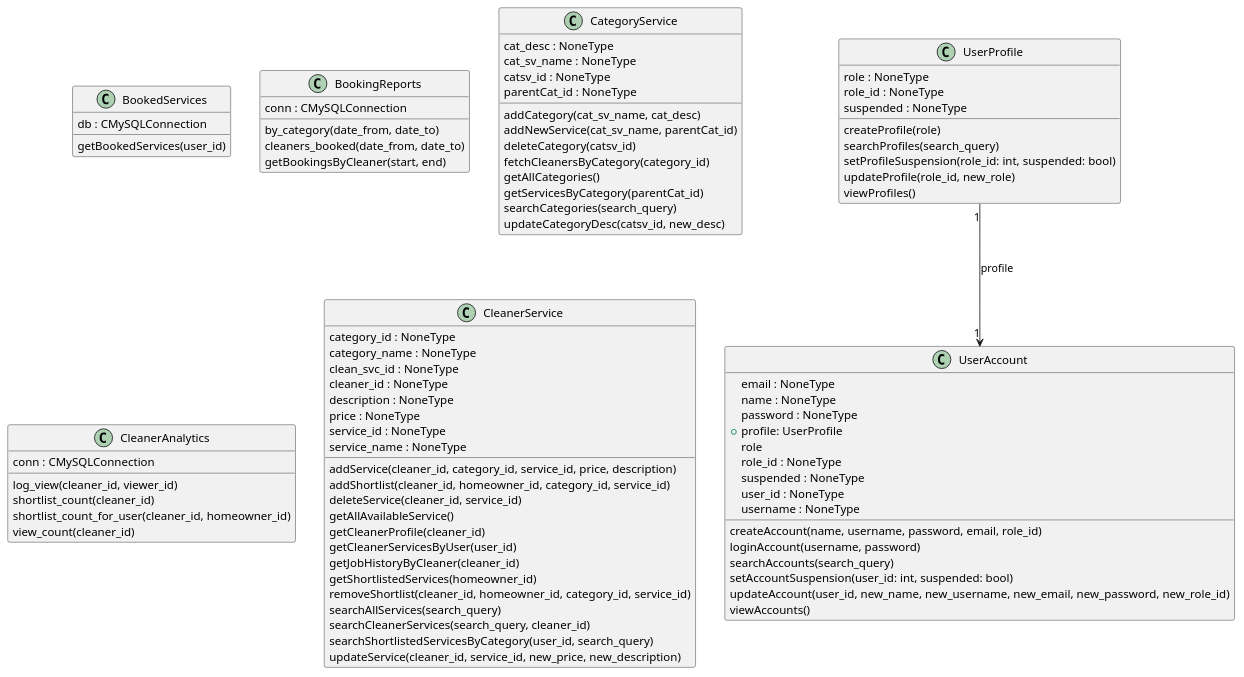
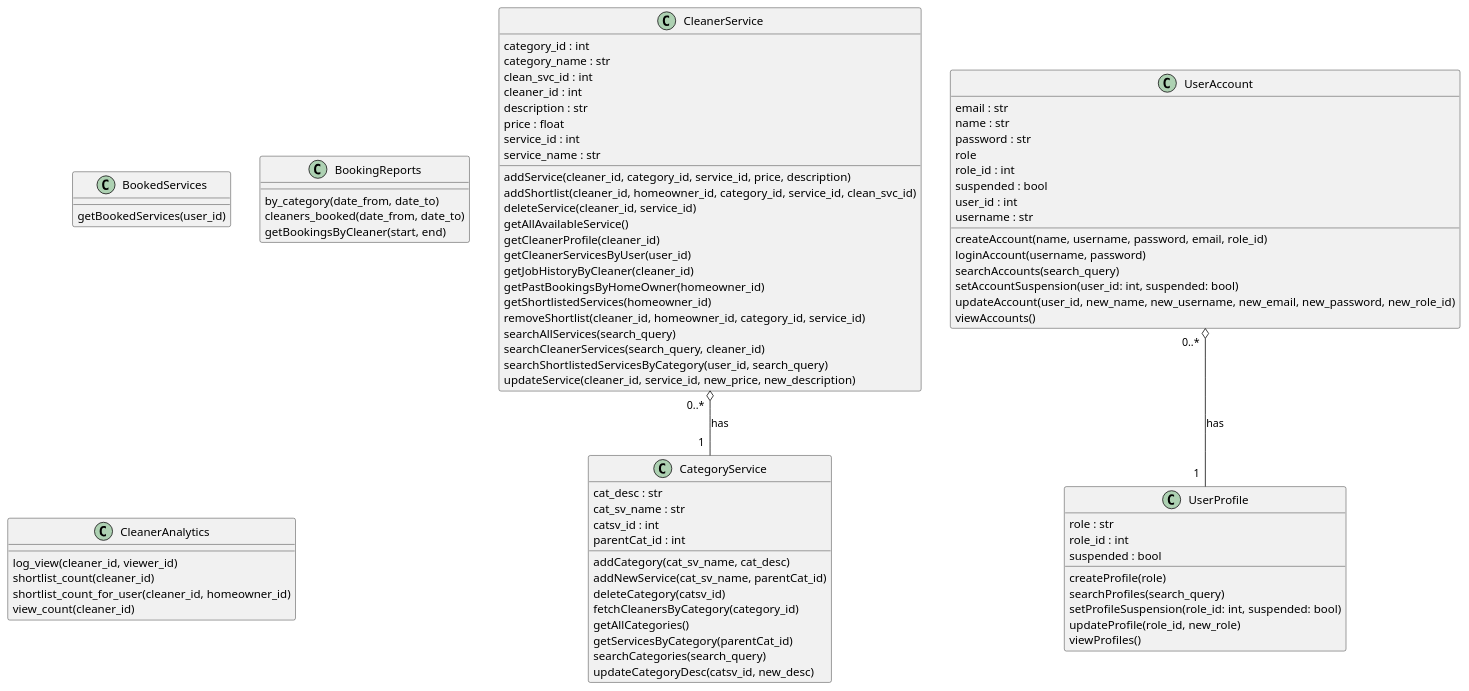
The diagram in CleanConnect/classes.puml (xXerii/CleanConnect), drawn with PlantUML before and after one commit. The commit also changed 1 other file, not shown here.

Commit message:
UML Diagram stuff

```diff
--- a/CleanConnect/classes.puml
+++ b/CleanConnect/classes.puml
@@ -1,85 +1,83 @@
 @startuml classes
 set namespaceSeparator none
 class "BookedServices" as entity.BookedServices {
-  db : CMySQLConnection
   getBookedServices(user_id)
 }
 class "BookingReports" as entity.BookingReports {
-  conn : CMySQLConnection
   by_category(date_from, date_to)
   cleaners_booked(date_from, date_to)
   getBookingsByCleaner(start, end)
 }
 class "CategoryService" as entity.CategoryService {
-  cat_desc : NoneType
-  cat_sv_name : NoneType
-  catsv_id : NoneType
-  parentCat_id : NoneType
+  cat_desc : str
+  cat_sv_name : str
+  catsv_id : int
+  parentCat_id : int
   addCategory(cat_sv_name, cat_desc)
   addNewService(cat_sv_name, parentCat_id)
   deleteCategory(catsv_id)
   fetchCleanersByCategory(category_id)
   getAllCategories()
   getServicesByCategory(parentCat_id)
   searchCategories(search_query)
   updateCategoryDesc(catsv_id, new_desc)
 }
 class "CleanerAnalytics" as entity.CleanerAnalytics {
-  conn : CMySQLConnection
   log_view(cleaner_id, viewer_id)
   shortlist_count(cleaner_id)
   shortlist_count_for_user(cleaner_id, homeowner_id)
   view_count(cleaner_id)
 }
 class "CleanerService" as entity.CleanerService {
-  category_id : NoneType
-  category_name : NoneType
-  clean_svc_id : NoneType
-  cleaner_id : NoneType
-  description : NoneType
-  price : NoneType
-  service_id : NoneType
-  service_name : NoneType
+  category_id : int
+  category_name : str
+  clean_svc_id : int
+  cleaner_id : int
+  description : str
+  price : float
+  service_id : int
+  service_name : str
   addService(cleaner_id, category_id, service_id, price, description)
-  addShortlist(cleaner_id, homeowner_id, category_id, service_id)
+  addShortlist(cleaner_id, homeowner_id, category_id, service_id, clean_svc_id)
   deleteService(cleaner_id, service_id)
   getAllAvailableService()
   getCleanerProfile(cleaner_id)
   getCleanerServicesByUser(user_id)
   getJobHistoryByCleaner(cleaner_id)
+  getPastBookingsByHomeOwner(homeowner_id)
   getShortlistedServices(homeowner_id)
   removeShortlist(cleaner_id, homeowner_id, category_id, service_id)
   searchAllServices(search_query)
   searchCleanerServices(search_query, cleaner_id)
   searchShortlistedServicesByCategory(user_id, search_query)
   updateService(cleaner_id, service_id, new_price, new_description)
 }
 class "UserAccount" as entity.UserAccount {
-  email : NoneType
-  name : NoneType
-  password : NoneType
-  +profile: UserProfile
+  email : str
+  name : str
+  password : str
   role
-  role_id : NoneType
-  suspended : NoneType
-  user_id : NoneType
-  username : NoneType
+  role_id : int
+  suspended : bool
+  user_id : int
+  username : str
   createAccount(name, username, password, email, role_id)
   loginAccount(username, password)
   searchAccounts(search_query)
   setAccountSuspension(user_id: int, suspended: bool)
   updateAccount(user_id, new_name, new_username, new_email, new_password, new_role_id)
   viewAccounts()
 }
 class "UserProfile" as entity.UserProfile {
-  role : NoneType
-  role_id : NoneType
-  suspended : NoneType
+  role : str
+  role_id : int
+  suspended : bool
   createProfile(role)
   searchProfiles(search_query)
   setProfileSuspension(role_id: int, suspended: bool)
   updateProfile(role_id, new_role)
   viewProfiles()
 }
-entity.UserProfile "1" --> "1" entity.UserAccount : profile
+entity.UserAccount "0..*  " o-- "1  " entity.UserProfile : has 
+entity.CleanerService "0..*  " o-- "1  " entity.CategoryService : has 
 @enduml
```
